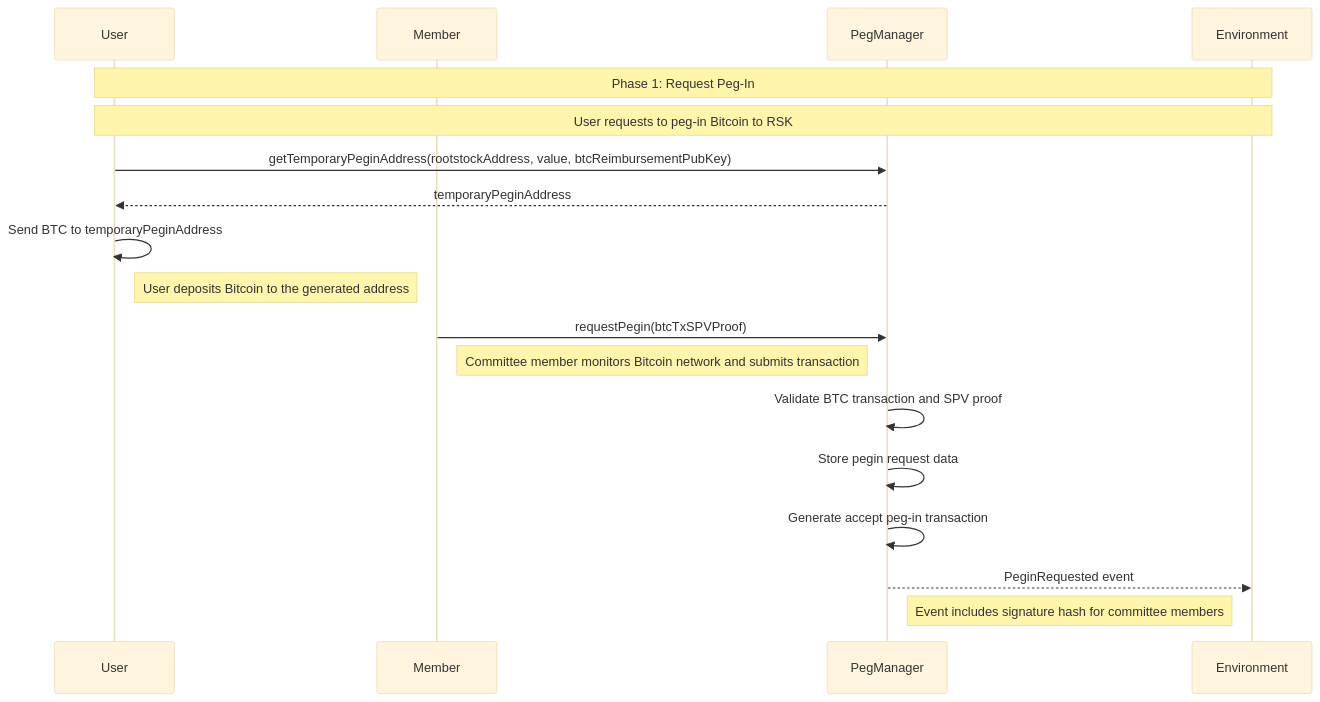
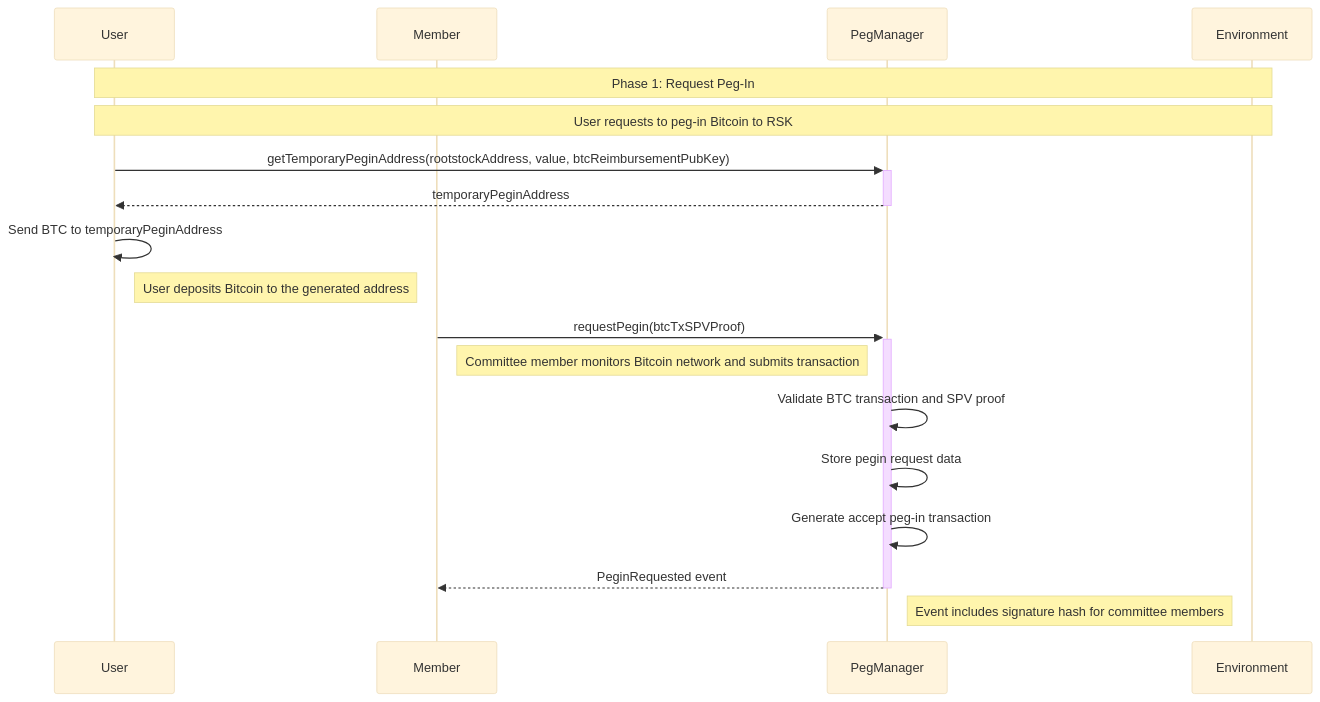
Before and after one commit to rsksmart/union-bridge-contracts: the fifth of 12 diagrams in README.md, drawn with Mermaid (base theme). The commit also changed other lines of this file, not shown here.

Commit message:
Add Table of contents and architecture to README

````diff
--- a/README.md
+++ b/README.md
@@ -181,24 +323,24 @@
 ```mermaid
 sequenceDiagram
     participant U as User
     participant M as Member
     participant PM as PegManager
     participant ENV as Environment
 
     Note over U,ENV: Phase 1: Request Peg-In
     Note over U,ENV: User requests to peg-in Bitcoin to RSK
 
-    U->>PM: getTemporaryPeginAddress(rootstockAddress, value, btcReimbursementPubKey)
-    PM-->>U: temporaryPeginAddress
+    U->>+PM: getTemporaryPeginAddress(rootstockAddress, value, btcReimbursementPubKey)
+    PM-->>-U: temporaryPeginAddress
 
     U->>U: Send BTC to temporaryPeginAddress
     Note right of U: User deposits Bitcoin to the generated address
 
-    M->>PM: requestPegin(btcTxSPVProof)
+    M->>+PM: requestPegin(btcTxSPVProof)
     Note right of M: Committee member monitors Bitcoin network and submits transaction
     PM->>PM: Validate BTC transaction and SPV proof
     PM->>PM: Store pegin request data
     PM->>PM: Generate accept peg-in transaction
-    PM-->>ENV: PeginRequested event
+    PM-->>-M: PeginRequested event
     Note right of PM: Event includes signature hash for committee members
 ```
````
